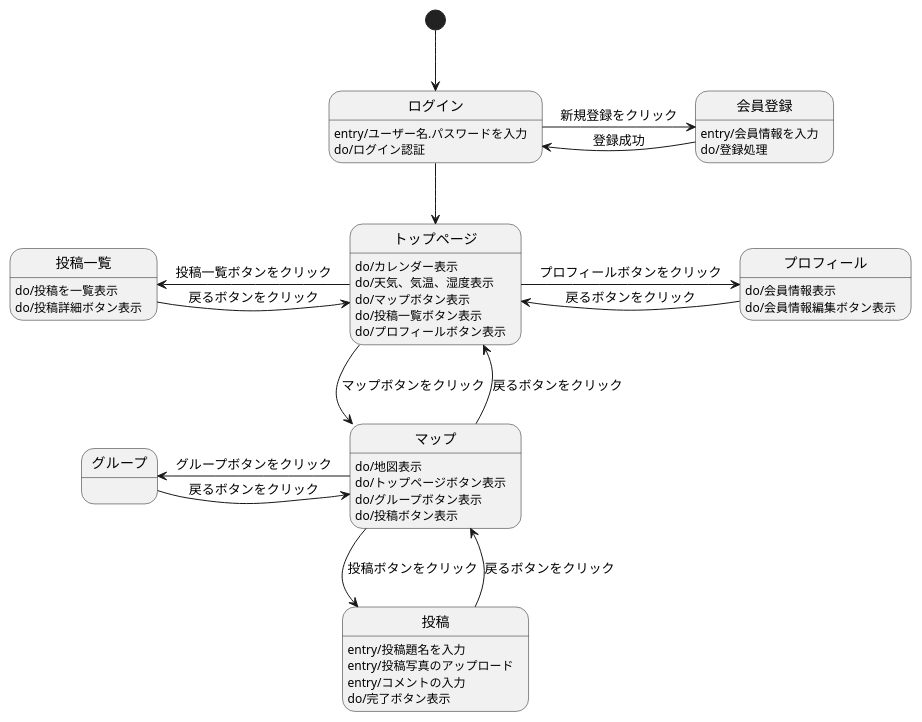
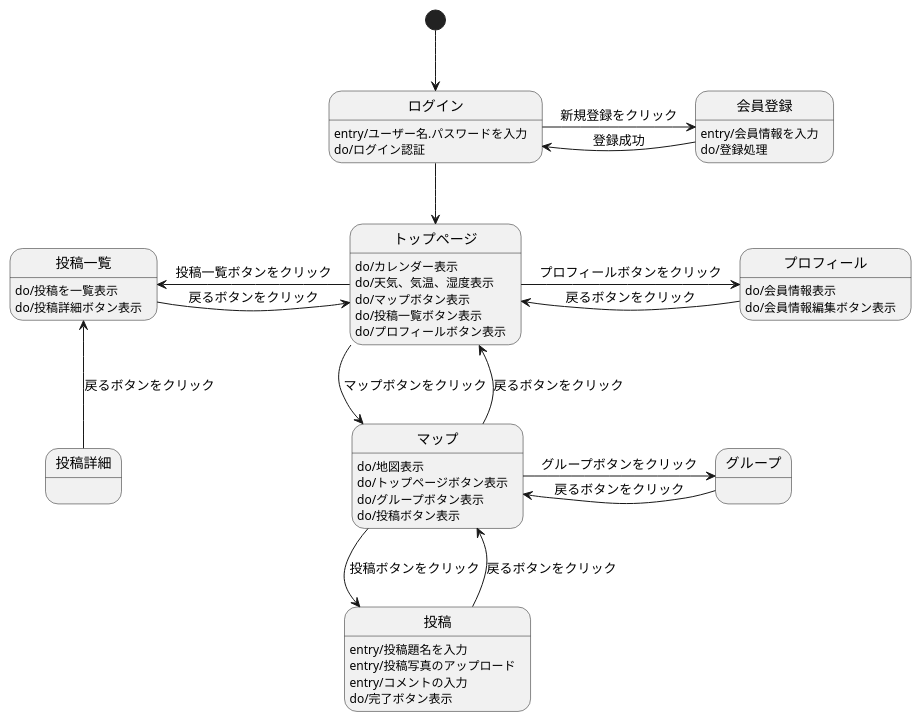
Before and after one commit to Aso2001031/System4_ver2.0: the diagram in 03_画面遷移図/画面遷移図.md, drawn with PlantUML.

````diff
--- a/03_画面遷移図/画面遷移図.md
+++ b/03_画面遷移図/画面遷移図.md
@@ -1,51 +1,54 @@
 ```uml
 @startuml
 
 [*] -down-> ログイン
 
 ログイン -down-> トップページ
 ログイン : entry/ユーザー名.パスワードを入力 
 ログイン : do/ログイン認証 
 ログイン -> 会員登録 : 新規登録をクリック
 
 会員登録 -> ログイン : 登録成功
 会員登録 : entry/会員情報を入力 
 会員登録 : do/登録処理
 
 トップページ : do/カレンダー表示
 トップページ : do/天気、気温、湿度表示
 トップページ : do/マップボタン表示
 トップページ : do/投稿一覧ボタン表示
 トップページ : do/プロフィールボタン表示
 トップページ -down-> マップ : マップボタンをクリック
 トップページ -left-> 投稿一覧 : 投稿一覧ボタンをクリック
 トップページ -right-> プロフィール :プロフィールボタンをクリック
 
 マップ -up-> トップページ : 戻るボタンをクリック
 マップ : do/地図表示
 マップ : do/トップページボタン表示
 マップ : do/グループボタン表示
 マップ : do/投稿ボタン表示
 マップ -down-> 投稿 : 投稿ボタンをクリック
-マップ -left-> グループ : グループボタンをクリック
+マップ -right-> グループ : グループボタンをクリック
 
 投稿一覧 -right-> トップページ : 戻るボタンをクリック
 投稿一覧 : do/投稿を一覧表示
 投稿一覧 : do/投稿詳細ボタン表示
 
 プロフィール -left-> トップページ : 戻るボタンをクリック
 プロフィール : do/会員情報表示
 プロフィール : do/会員情報編集ボタン表示
 
 投稿 -up-> マップ : 戻るボタンをクリック
 投稿 : entry/投稿題名を入力
 投稿 : entry/投稿写真のアップロード
 投稿 : entry/コメントの入力
 投稿 : do/完了ボタン表示
 
-グループ -right-> マップ : 戻るボタンをクリック 
+グループ -left-> マップ : 戻るボタンをクリック 
 グループ : 
+
+投稿詳細 -up-> 投稿一覧 : 戻るボタンをクリック
+投稿詳細 : 
 
 
 @enduml
 ```
````
